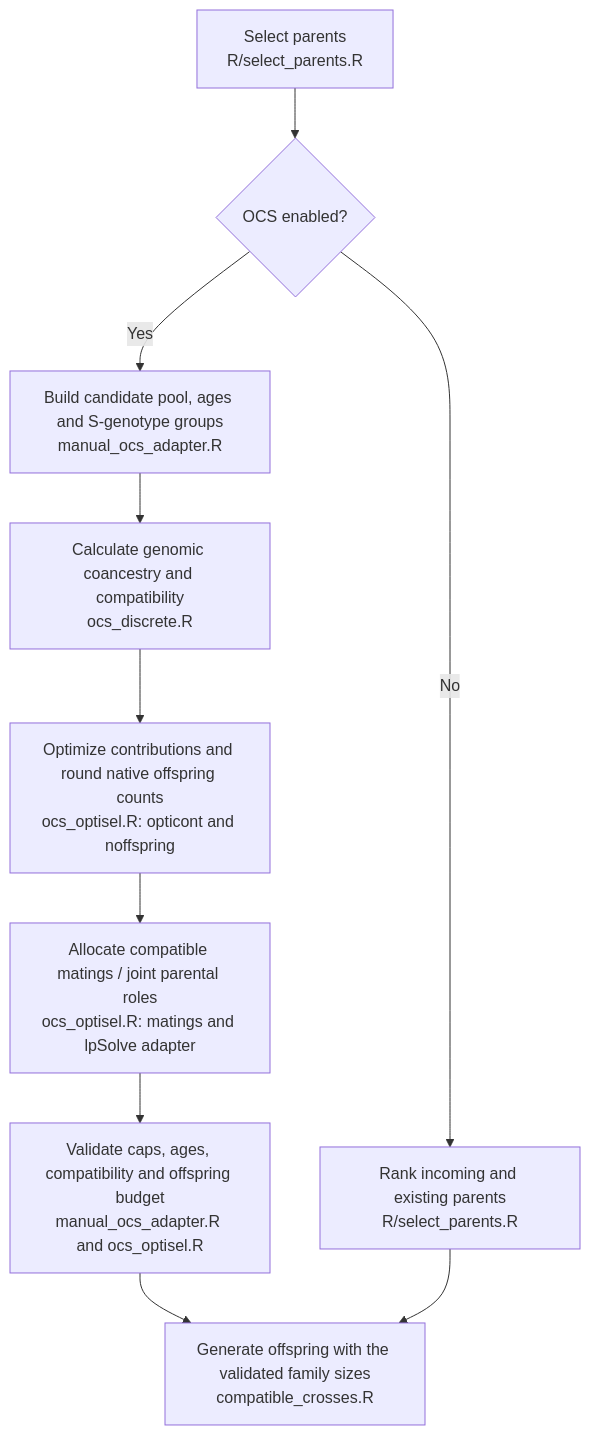
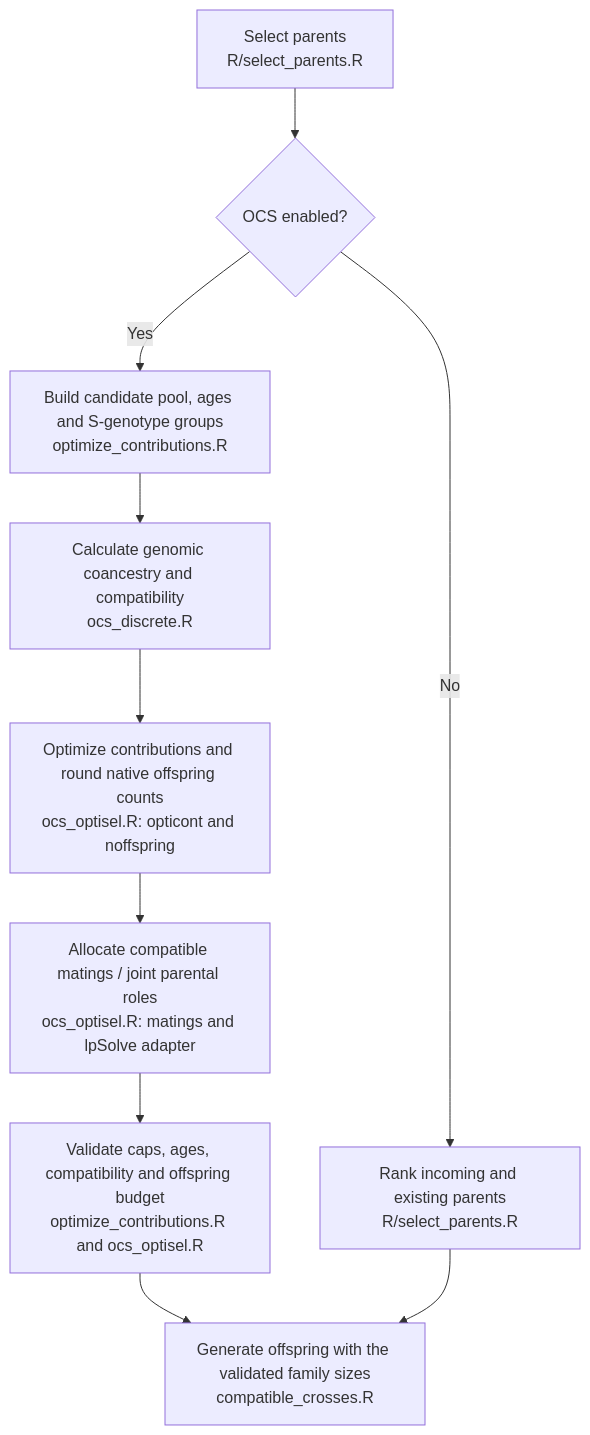
The third of 3 diagrams in 02_ClonalBreeding/PIPELINE.md (jorgemasgomez/almondsim), drawn with Mermaid before and after one commit. The commit also changed other lines of this file and 42 other files, not shown here.

````diff
--- a/02_ClonalBreeding/PIPELINE.md
+++ b/02_ClonalBreeding/PIPELINE.md
@@ -72,12 +72,12 @@
 ```mermaid
 flowchart TD
     Parents["Select parents<br/>R/select_parents.R"] --> IsOCS{"OCS enabled?"}
     IsOCS -->|No| Replace["Rank incoming and existing parents<br/>R/select_parents.R"]
-    IsOCS -->|Yes| Pool["Build candidate pool, ages and S-genotype groups<br/>manual_ocs_adapter.R"]
+    IsOCS -->|Yes| Pool["Build candidate pool, ages and S-genotype groups<br/>optimize_contributions.R"]
     Pool --> K["Calculate genomic coancestry and compatibility<br/>ocs_discrete.R"]
     K --> Opt["Optimize contributions and round native offspring counts<br/>ocs_optisel.R: opticont and noffspring"]
     Opt --> Mate["Allocate compatible matings / joint parental roles<br/>ocs_optisel.R: matings and lpSolve adapter"]
-    Mate --> Validate["Validate caps, ages, compatibility and offspring budget<br/>manual_ocs_adapter.R and ocs_optisel.R"]
+    Mate --> Validate["Validate caps, ages, compatibility and offspring budget<br/>optimize_contributions.R and ocs_optisel.R"]
     Validate --> Cross["Generate offspring with the validated family sizes<br/>compatible_crosses.R"]
     Replace --> Cross
 ```
````
